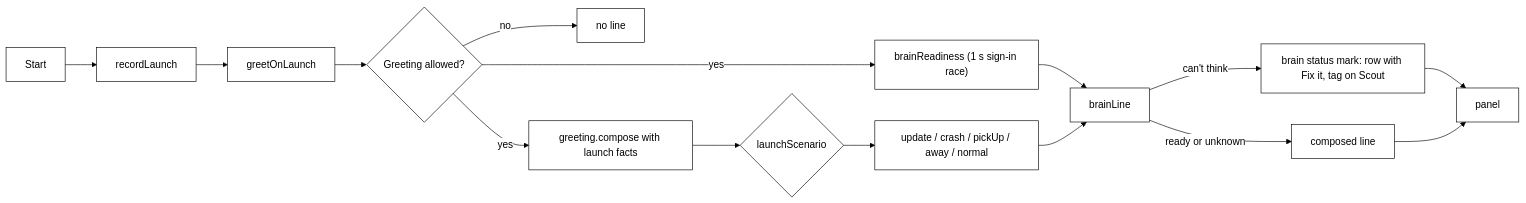
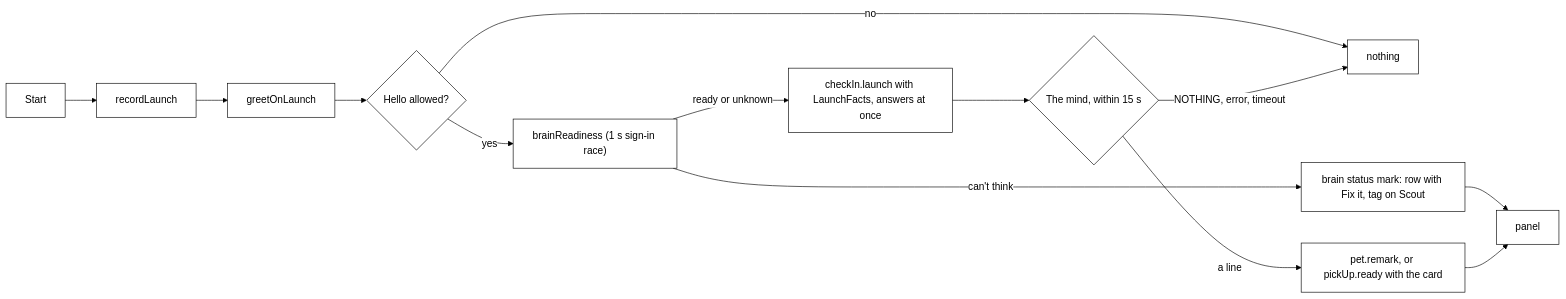
Diagram 12 of 17 in docs/architecture.md (nadeem4/tagalong), drawn with Mermaid before and after one commit. The commit also changed other lines of this file and 7 other files, not shown here.

First line of the commit message:
docs: the launch and back check-ins, release notes as facts, and what the hello sends

````diff
--- a/docs/architecture.md
+++ b/docs/architecture.md
@@ -2052,18 +2052,16 @@
 ```mermaid
 %%{init: {"theme": "base", "themeVariables": {"primaryColor": "#ffffff", "primaryTextColor": "#000000", "primaryBorderColor": "#000000", "lineColor": "#000000", "secondaryColor": "#ffffff", "tertiaryColor": "#ffffff", "background": "#ffffff", "clusterBkg": "#ffffff", "clusterBorder": "#000000"}}}%%
 flowchart LR
   S["Start"] --> R["recordLaunch"]
   R --> G["greetOnLaunch"]
-  G --> L{"Greeting allowed?"}
-  L -- "no" --> NL["no line"]
+  G --> L{"Hello allowed?"}
+  L -- "no" --> NL["nothing"]
   L -- "yes" --> P1["brainReadiness (1 s sign-in race)"]
-  L -- "yes" --> P2["greeting.compose with launch facts"]
-  P2 --> SC{"launchScenario"}
-  SC --> C1["update / crash / pickUp / away / normal"]
-  P1 --> BL["brainLine"]
-  C1 --> BL
-  BL -- "can't think" --> FX["brain status mark: row with Fix it, tag on Scout"]
-  BL -- "ready or unknown" --> CL["composed line"]
+  P1 -- "can't think" --> FX["brain status mark: row with Fix it, tag on Scout"]
+  P1 -- "ready or unknown" --> CI["checkIn.launch with LaunchFacts, answers at once"]
+  CI --> M{"The mind, within 15 s"}
+  M -- "NOTHING, error, timeout" --> NL
+  M -- "a line" --> RM["pet.remark, or pickUp.ready with the card"]
   FX --> PN["panel"]
-  CL --> PN
+  RM --> PN
 ```
````
